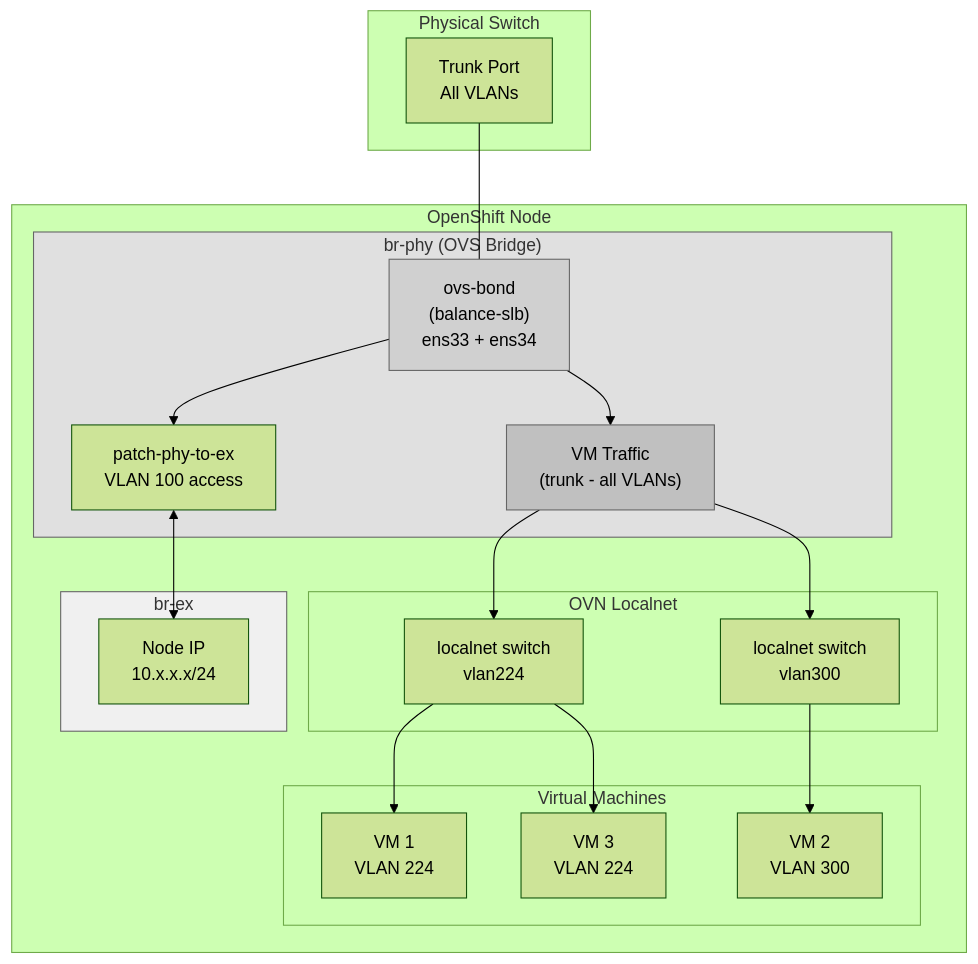
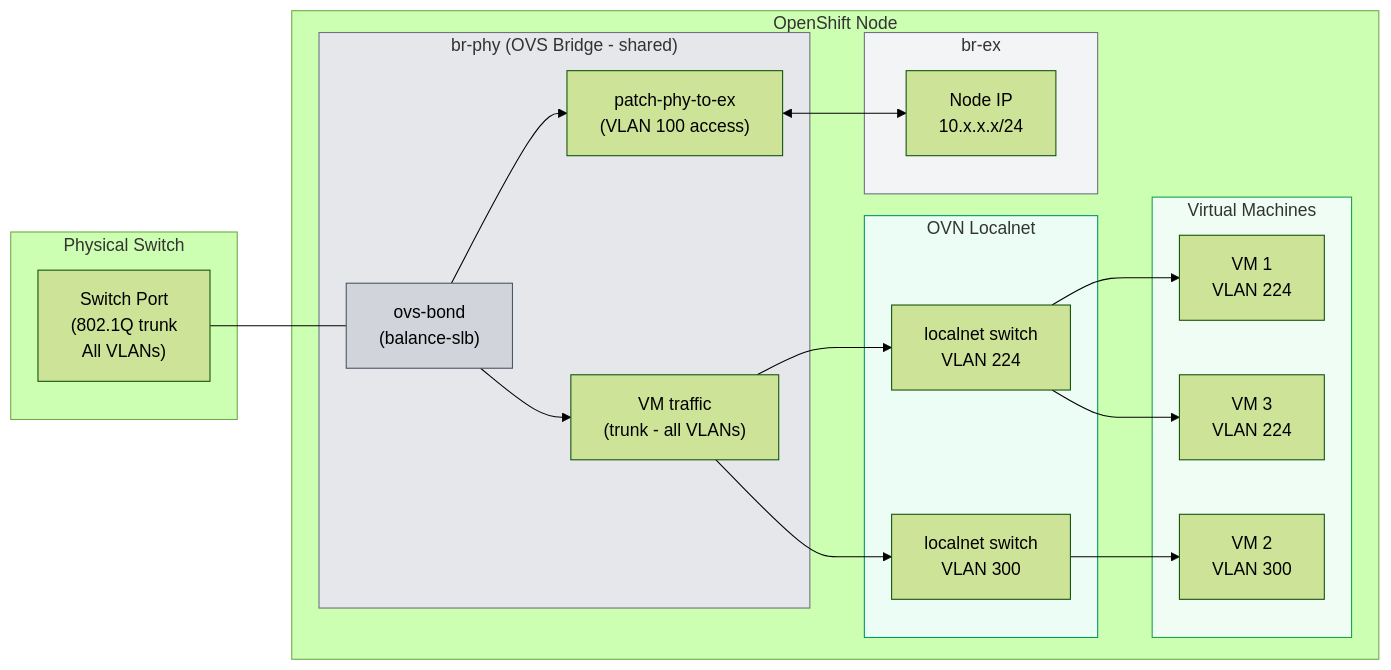
The first of 8 diagrams in hcp-balance-slb/OPENSHIFT-VIRTUALIZATION-VMNET-BALANCE-SLB.md (linuxelitebr/openshift-balance-slb), drawn with Mermaid (forest theme) before and after one commit. The commit also changed other lines of this file, not shown here.

````diff
--- a/hcp-balance-slb/OPENSHIFT-VIRTUALIZATION-VMNET-BALANCE-SLB.md
+++ b/hcp-balance-slb/OPENSHIFT-VIRTUALIZATION-VMNET-BALANCE-SLB.md
@@ -54,44 +54,67 @@
 ```mermaid
-flowchart TB
+flowchart LR
+    %% =========================
+    %% Physical Switch
+    %% =========================
     subgraph Switch["Physical Switch"]
-        TRUNK["Trunk Port<br/>All VLANs"]
+        TRUNK["Switch Port<br/>(802.1Q trunk<br/>All VLANs)"]
     end
-    
+
+    %% =========================
+    %% OpenShift Node
+    %% =========================
     subgraph Node["OpenShift Node"]
-        subgraph BRPHY["br-phy (OVS Bridge)"]
-            BOND["ovs-bond<br/>(balance-slb)<br/>ens33 + ens34"]
-            PATCH1["patch-phy-to-ex<br/>VLAN 100 access"]
-            VMTRUNK["VM Traffic<br/>(trunk - all VLANs)"]
+
+        %% ---- br-phy ----
+        subgraph BRPHY["br-phy (OVS Bridge - shared)"]
+            BOND["ovs-bond<br/>(balance-slb)"]
+            PATCH1["patch-phy-to-ex<br/>(VLAN 100 access)"]
+            VMTRUNK["VM traffic<br/>(trunk - all VLANs)"]
         end
-        
+
+        %% ---- br-ex ----
         subgraph BREX["br-ex"]
             NODEIP["Node IP<br/>10.x.x.x/24"]
         end
-        
+
+        %% ---- OVN ----
         subgraph OVN["OVN Localnet"]
-            LS1["localnet switch<br/>vlan224"]
-            LS2["localnet switch<br/>vlan300"]
+            LS1["localnet switch<br/>VLAN 224"]
+            LS2["localnet switch<br/>VLAN 300"]
         end
-        
+
+        %% ---- VMs ----
         subgraph VMS["Virtual Machines"]
             VM1["VM 1<br/>VLAN 224"]
             VM2["VM 2<br/>VLAN 300"]
             VM3["VM 3<br/>VLAN 224"]
         end
     end
-    
+
+    %% =========================
+    %% Connections
+    %% =========================
     TRUNK --- BOND
+
     BOND --> PATCH1
     BOND --> VMTRUNK
+
     PATCH1 <--> NODEIP
+
     VMTRUNK --> LS1
     VMTRUNK --> LS2
+
     LS1 --> VM1
     LS1 --> VM3
     LS2 --> VM2
-    
-    style BRPHY fill:#e0e0e0,stroke:#666
-    style BREX fill:#f0f0f0,stroke:#666
-    style BOND fill:#d0d0d0,stroke:#666
-    style VMTRUNK fill:#c0c0c0,stroke:#666
+
+    %% =========================
+    %% Styling (optional)
+    %% =========================
+    style BRPHY fill:#e5e7eb,stroke:#6b7280
+    style BREX fill:#f3f4f6,stroke:#6b7280
+    style OVN fill:#ecfdf5,stroke:#059669
+    style VMS fill:#f0fdf4,stroke:#16a34a
+    style BOND fill:#d1d5db,stroke:#4b5563
+
 ```
````
